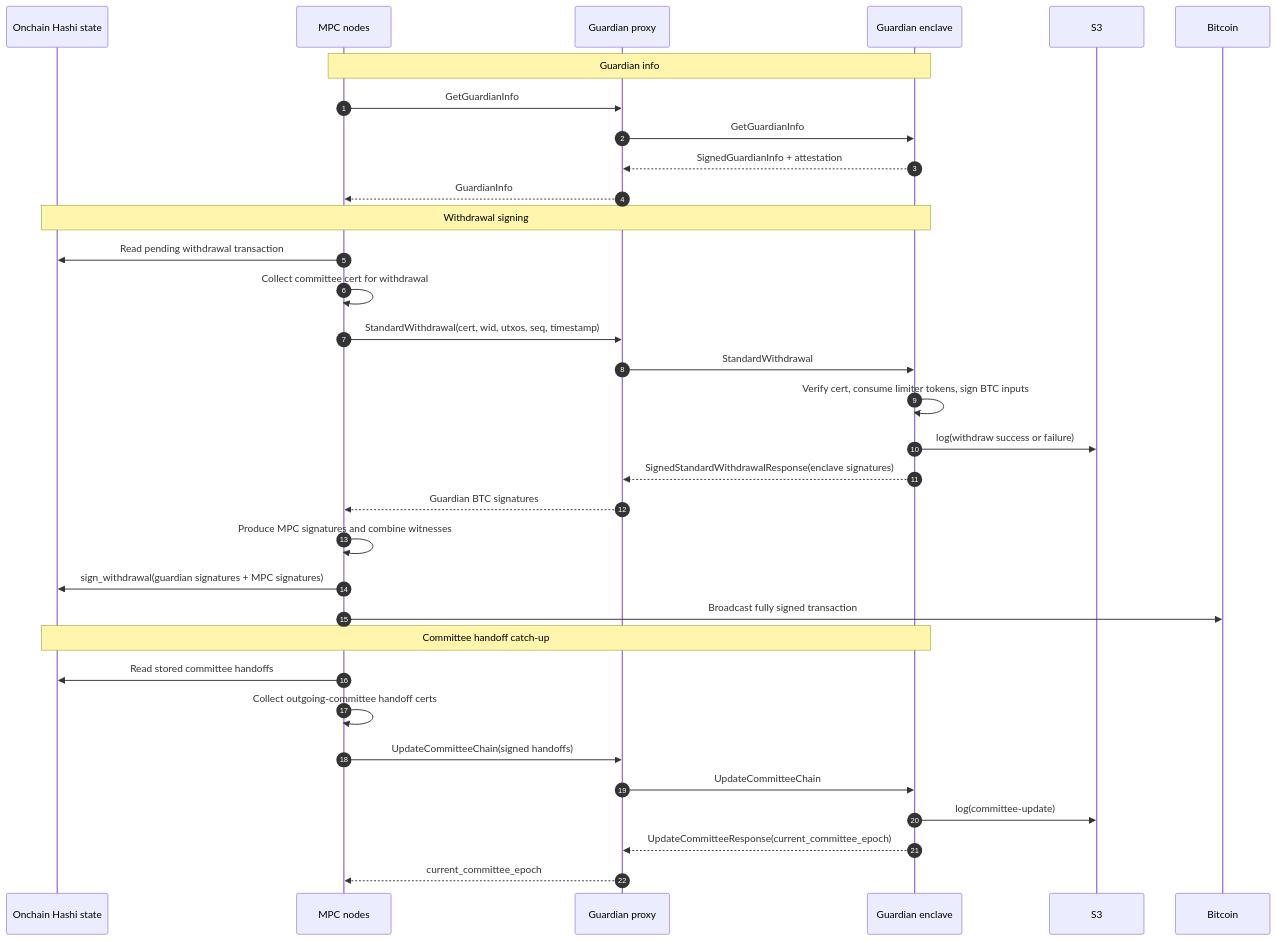
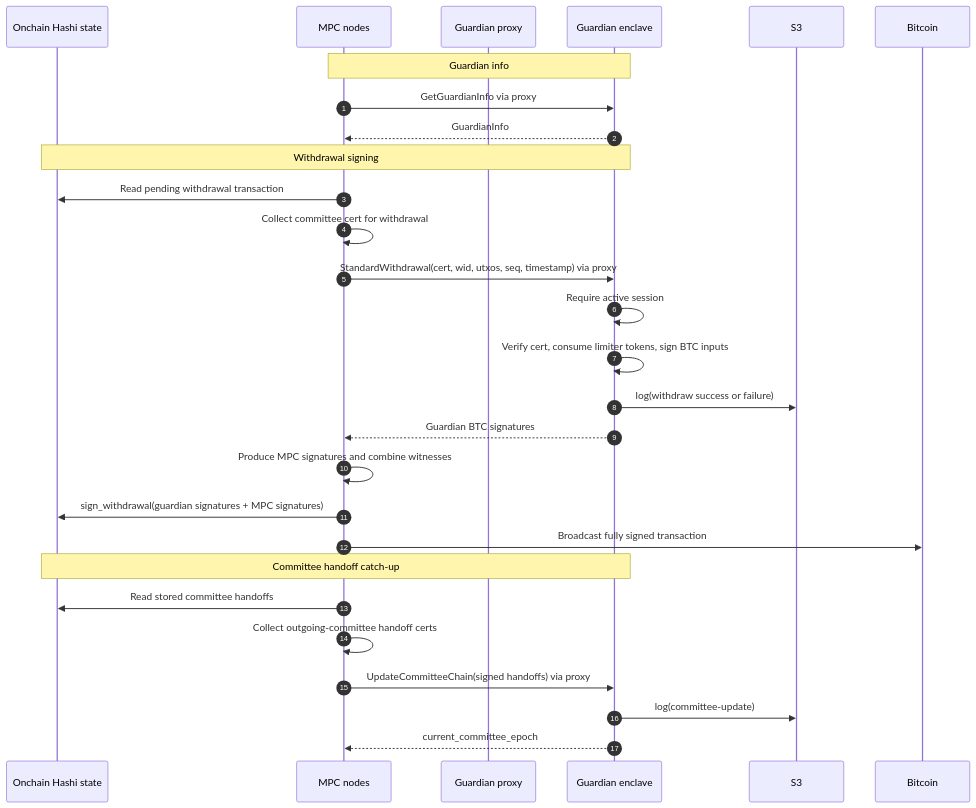
One commit to MystenLabs/hashi changed the fourth of 4 diagrams in design/docs/guardian.mdx. Above: the diagram before and after it, drawn with Mermaid. The commit also changed other lines of this file, not shown here.

Commit message:
docs: update guardian standby flow design

````diff
--- a/design/docs/guardian.mdx
+++ b/design/docs/guardian.mdx
@@ -103,39 +145,34 @@
 ```mermaid
 sequenceDiagram
     autonumber
 
     participant Onchain as Onchain Hashi state
     participant MPC as MPC nodes
     participant Proxy as Guardian proxy
     participant Guardian as Guardian enclave
     participant S3
     participant Bitcoin
 
     Note over MPC,Guardian: Guardian info
-    MPC->>Proxy: GetGuardianInfo
-    Proxy->>Guardian: GetGuardianInfo
-    Guardian-->>Proxy: SignedGuardianInfo + attestation
-    Proxy-->>MPC: GuardianInfo
+    MPC->>Guardian: GetGuardianInfo via proxy
+    Guardian-->>MPC: GuardianInfo
 
     Note over Onchain,Guardian: Withdrawal signing
     MPC->>Onchain: Read pending withdrawal transaction
     MPC->>MPC: Collect committee cert for withdrawal
-    MPC->>Proxy: StandardWithdrawal(cert, wid, utxos, seq, timestamp)
-    Proxy->>Guardian: StandardWithdrawal
+    MPC->>Guardian: StandardWithdrawal(cert, wid, utxos, seq, timestamp) via proxy
+    Guardian->>Guardian: Require active session
     Guardian->>Guardian: Verify cert, consume limiter tokens, sign BTC inputs
     Guardian->>S3: log(withdraw success or failure)
-    Guardian-->>Proxy: SignedStandardWithdrawalResponse(enclave signatures)
-    Proxy-->>MPC: Guardian BTC signatures
+    Guardian-->>MPC: Guardian BTC signatures
     MPC->>MPC: Produce MPC signatures and combine witnesses
     MPC->>Onchain: sign_withdrawal(guardian signatures + MPC signatures)
     MPC->>Bitcoin: Broadcast fully signed transaction
 
     Note over Onchain,Guardian: Committee handoff catch-up
     MPC->>Onchain: Read stored committee handoffs
     MPC->>MPC: Collect outgoing-committee handoff certs
-    MPC->>Proxy: UpdateCommitteeChain(signed handoffs)
-    Proxy->>Guardian: UpdateCommitteeChain
+    MPC->>Guardian: UpdateCommitteeChain(signed handoffs) via proxy
     Guardian->>S3: log(committee-update)
-    Guardian-->>Proxy: UpdateCommitteeResponse(current_committee_epoch)
-    Proxy-->>MPC: current_committee_epoch
+    Guardian-->>MPC: current_committee_epoch
 ```
````
